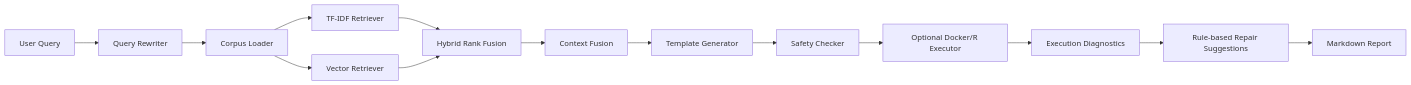
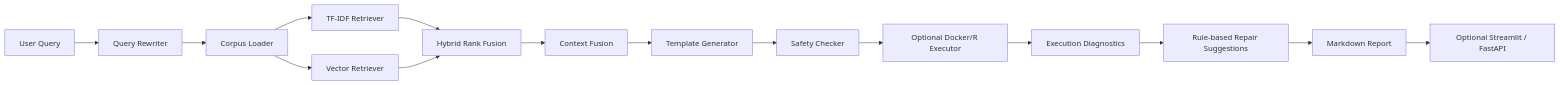
Before and after one commit to Roboute-ex/RStats-Agent-RAG: the diagram in README.md, drawn with Mermaid. The commit also changed other lines of this file and 12 other files, not shown here.

Commit message:
Release v0.5 interactive web demo and FastAPI service

````diff
--- a/README.md
+++ b/README.md
@@ -17,16 +11,17 @@
 ```mermaid
 flowchart LR
   Q["User Query"] --> QR["Query Rewriter"]
   QR --> CL["Corpus Loader"]
   CL --> TF["TF-IDF Retriever"]
   CL --> VE["Vector Retriever"]
   TF --> HF["Hybrid Rank Fusion"]
   VE --> HF
   HF --> CF["Context Fusion"]
   CF --> TG["Template Generator"]
   TG --> SC["Safety Checker"]
   SC --> EX["Optional Docker/R Executor"]
   EX --> DG["Execution Diagnostics"]
   DG --> RP["Rule-based Repair Suggestions"]
   RP --> MD["Markdown Report"]
+  MD --> WEB["Optional Streamlit / FastAPI"]
 ```
````
